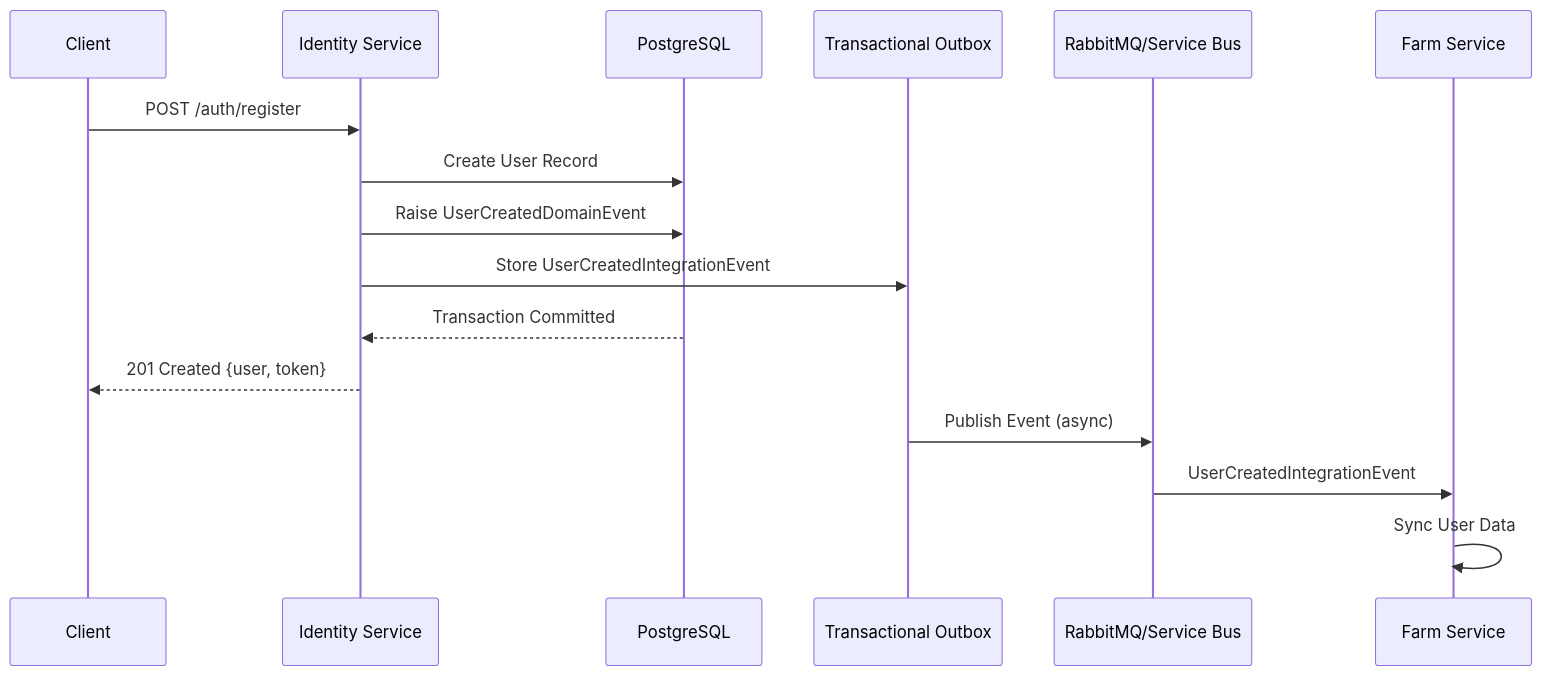
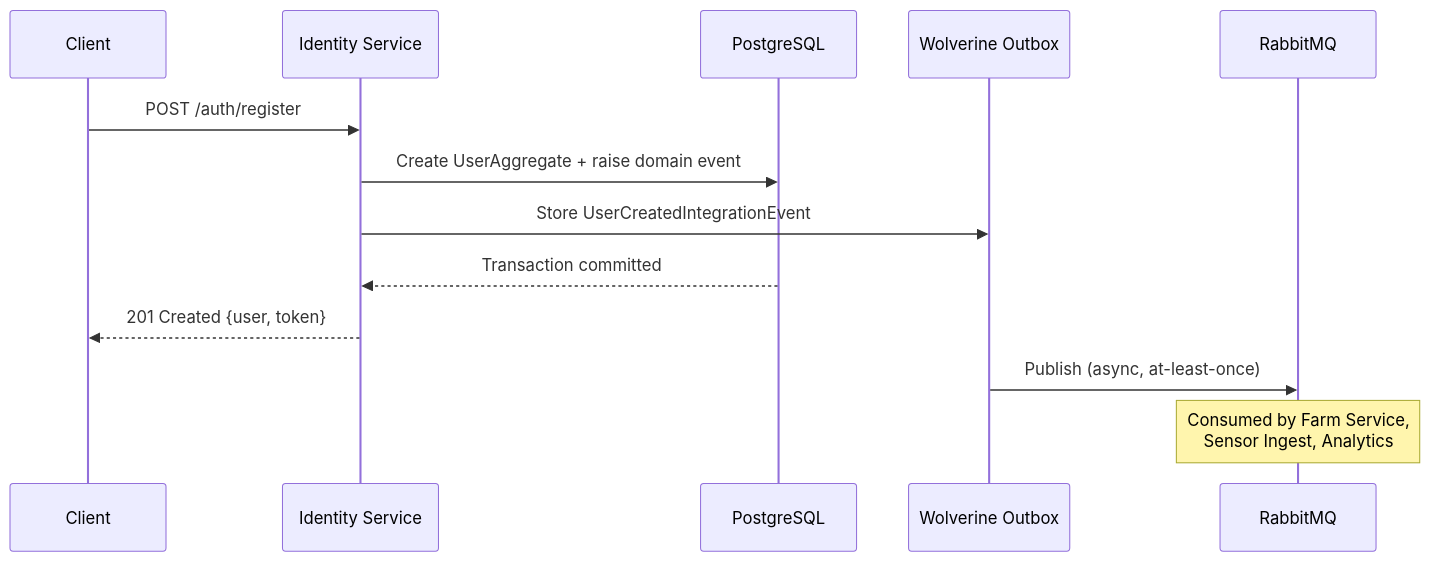
One commit to rdpresser/tc-agro-identity-service changed the third of 3 diagrams in README.md. Above: the diagram before and after it, drawn with Mermaid. The commit also changed other lines of this file, not shown here.

````diff
--- a/README.md
+++ b/README.md
@@ -569,19 +284,16 @@
 ```mermaid
 sequenceDiagram
     participant Client
     participant API as Identity Service
     participant DB as PostgreSQL
-    participant Outbox as Transactional Outbox
-    participant MQ as RabbitMQ/Service Bus
-    participant Consumer as Farm Service
-    
+    participant Outbox as Wolverine Outbox
+    participant MQ as RabbitMQ
+
     Client->>API: POST /auth/register
-    API->>DB: Create User Record
-    API->>DB: Raise UserCreatedDomainEvent
+    API->>DB: Create UserAggregate + raise domain event
     API->>Outbox: Store UserCreatedIntegrationEvent
-    DB-->>API: Transaction Committed
+    DB-->>API: Transaction committed
     API-->>Client: 201 Created {user, token}
-    Outbox->>MQ: Publish Event (async)
-    MQ->>Consumer: UserCreatedIntegrationEvent
-    Consumer->>Consumer: Sync User Data
+    Outbox->>MQ: Publish (async, at-least-once)
+    Note over MQ: Consumed by Farm Service,<br/>Sensor Ingest, Analytics
 ```
````
